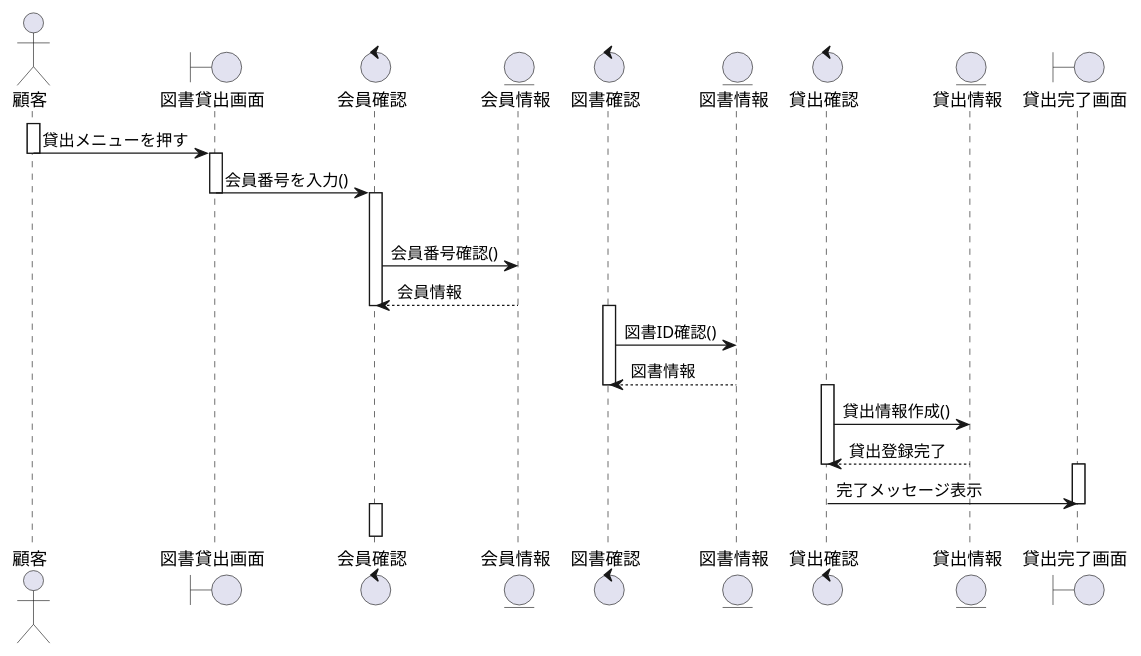
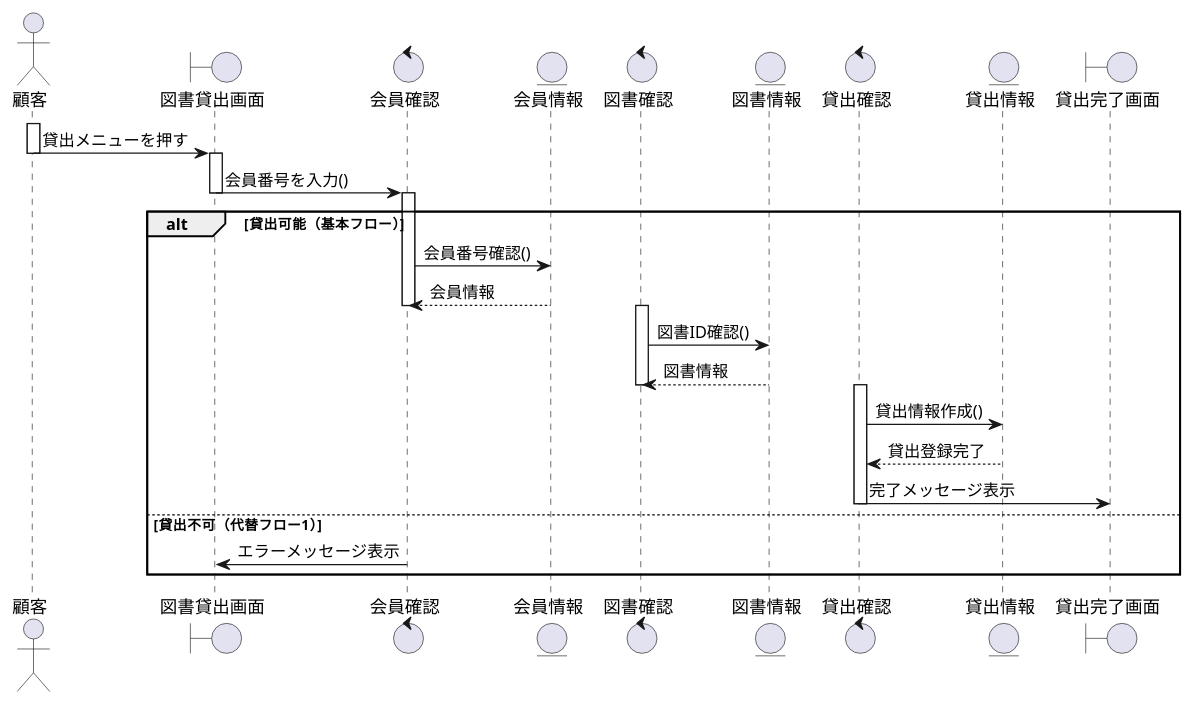
Before and after one commit to ko246/ohara_uml: the diagram in group/単位認定試験第2回/コード/シーケンス図/sequence02_Rental.pu, drawn with PlantUML.

Commit message:
貸し出しシーケンス図修正

```diff
--- a/group/単位認定試験第2回/コード/シーケンス図/sequence02_Rental.pu
+++ b/group/単位認定試験第2回/コード/シーケンス図/sequence02_Rental.pu
@@ -1,48 +1,47 @@
 @startuml 図書貸出_シーケンス図
 
 actor 顧客 
 boundary 図書貸出画面 
 control 会員確認 
 entity 会員情報 
 control 図書確認 
 entity 図書情報 
 control 貸出確認 
 entity 貸出情報 
 boundary 貸出完了画面
 
-activate 顧客 
-顧客 -> 図書貸出画面 : 貸出メニューを押す 
+activate 顧客
+顧客 -> 図書貸出画面 : 貸出メニューを押す
 deactivate 顧客
 
-activate 図書貸出画面 
-図書貸出画面 -> 会員確認 : 会員番号を入力() 
+activate 図書貸出画面
+図書貸出画面 -> 会員確認 : 会員番号を入力()
 deactivate 図書貸出画面
 
 activate 会員確認
-alt 貸出可能(基本フロー) 
-会員確認 -> 会員情報 : 会員番号確認() 
-会員情報 --> 会員確認 : 会員情報 
-deactivate 会員確認 
-deactivate 会員情報
+alt 貸出可能（基本フロー）
+    会員確認 -> 会員情報 : 会員番号確認()
+    会員情報 --> 会員確認 : 会員情報
+    deactivate 会員確認
+    deactivate 会員情報
 
-activate 図書確認 
-図書確認 -> 図書情報 : 図書ID確認() 
-図書情報 --> 図書確認 : 図書情報 
-deactivate 図書確認 
-deactivate 図書情報
+    activate 図書確認
+    図書確認 -> 図書情報 : 図書ID確認()
+    図書情報 --> 図書確認 : 図書情報
+    deactivate 図書確認
+    deactivate 図書情報
 
-activate 貸出確認 
-貸出確認 -> 貸出情報 : 貸出情報作成() 
-貸出情報 --> 貸出確認 : 貸出登録完了 
-deactivate 貸出確認 
-deactivate 貸出情報
+    activate 貸出確認
+    貸出確認 -> 貸出情報 : 貸出情報作成()
+    貸出情報 --> 貸出確認 : 貸出登録完了
+    貸出確認 -> 貸出完了画面 : 完了メッセージ表示
+    deactivate 貸出確認
+    deactivate 貸出情報
+    deactivate 貸出完了画面
 
-activate 貸出完了画面 
-貸出確認 -> 貸出完了画面 : 完了メッセージ表示 
-deactivate 貸出完了画面
-
-else 貸出不可(代替フロー1)
-activate 会員確認 
-deactivate 会員確認
+else 貸出不可（代替フロー1）
+    会員確認 -> 図書貸出画面 : エラーメッセージ表示
+    deactivate 会員確認
+end
 
 @enduml
```
